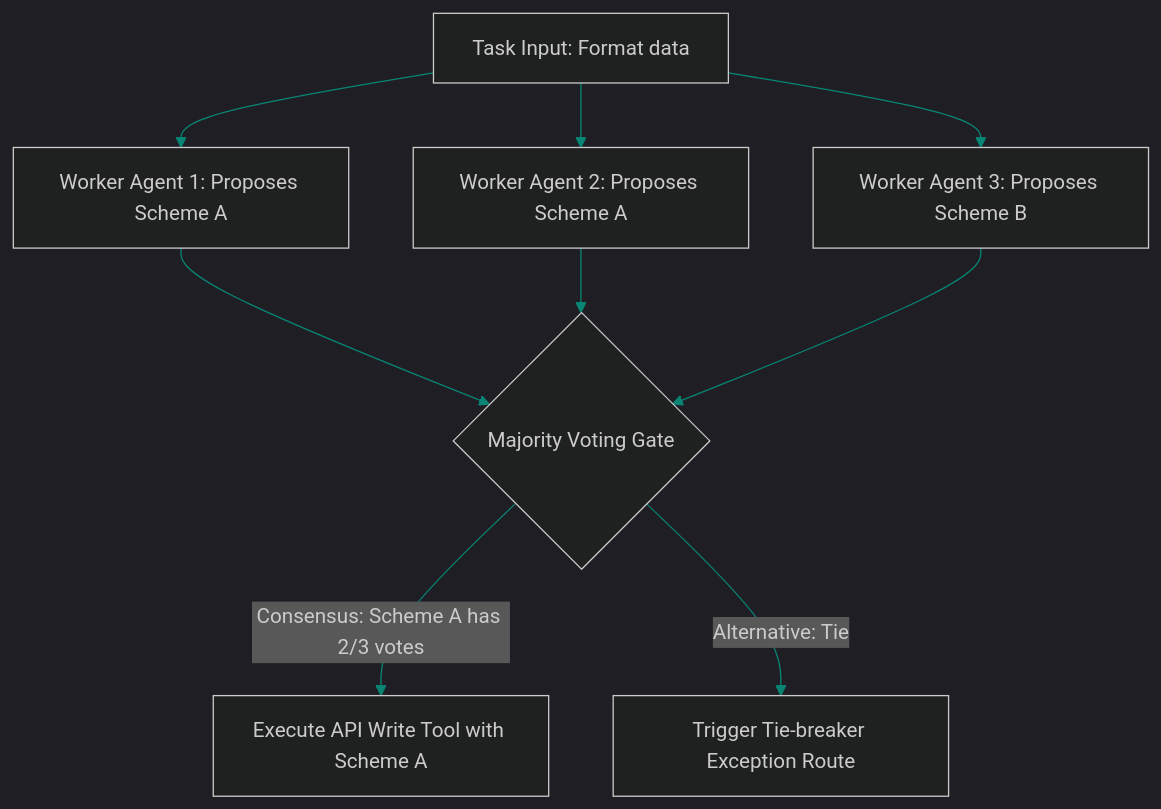
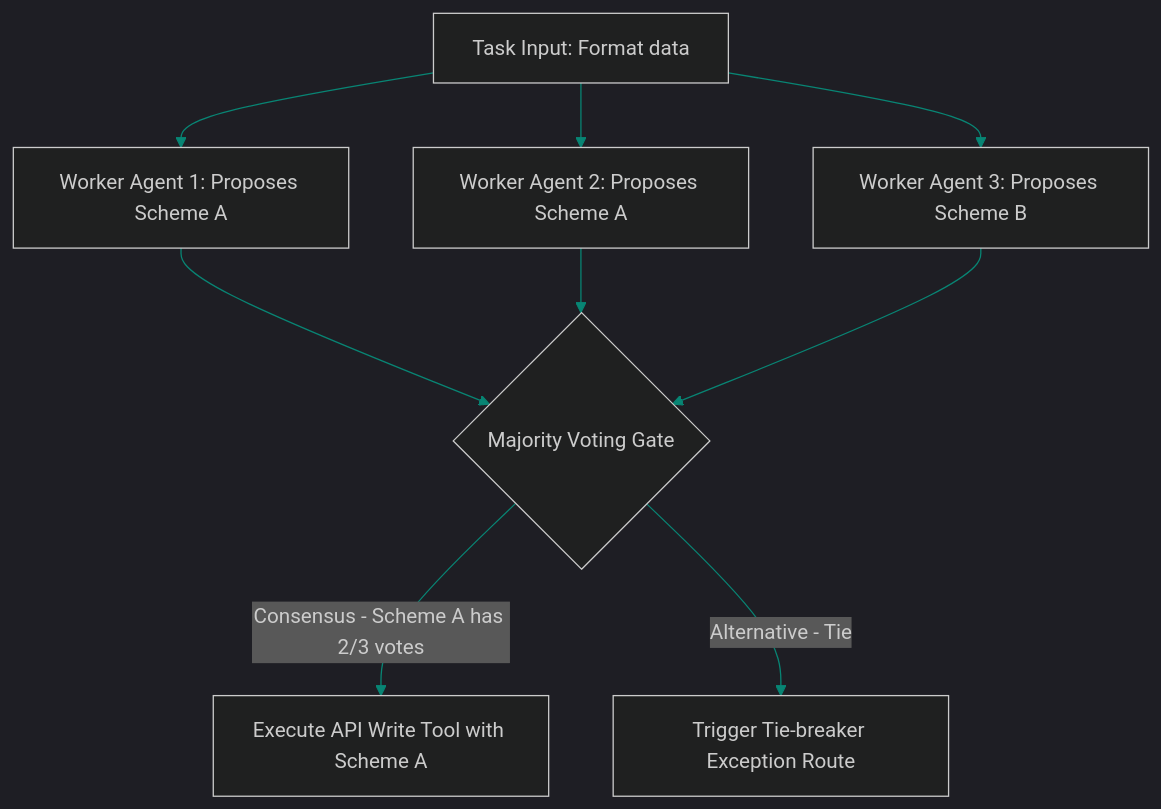
Before and after one commit to akmalkhaniub/akmalkhaniub.github.io: the diagram in blog/posts/consensus-majority-voting-gates-tool-outputs.md, drawn with Mermaid. The commit also changed 411 other files, not shown here.

````diff
--- a/blog/posts/consensus-majority-voting-gates-tool-outputs.md
+++ b/blog/posts/consensus-majority-voting-gates-tool-outputs.md
@@ -16,14 +16,14 @@
 ```mermaid
 %%{init: {'theme': 'dark', 'themeVariables': { 'primaryColor': '#088574', 'primaryTextColor': '#f3f4f6', 'primaryBorderColor': '#0db49b', 'lineColor': '#088574', 'secondaryColor': '#111827', 'tertiaryColor': '#0b0f19'}}}%%
 flowchart TD
     Task[Task Input: Format data] --> Worker1[Worker Agent 1: Proposes Scheme A]
     Task --> Worker2[Worker Agent 2: Proposes Scheme A]
     Task --> Worker3[Worker Agent 3: Proposes Scheme B]
     
     Worker1 --> Gate{Majority Voting Gate}
     Worker2 --> Gate
     Worker3 --> Gate
     
-    Gate -->|Consensus: Scheme A has 2/3 votes| Execute[Execute API Write Tool with Scheme A]
-    Gate -->|Alternative: Tie| Fallback[Trigger Tie-breaker Exception Route]
+    Gate -->|Consensus - Scheme A has 2/3 votes| Execute[Execute API Write Tool with Scheme A]
+    Gate -->|Alternative - Tie| Fallback[Trigger Tie-breaker Exception Route]
 ```
````
